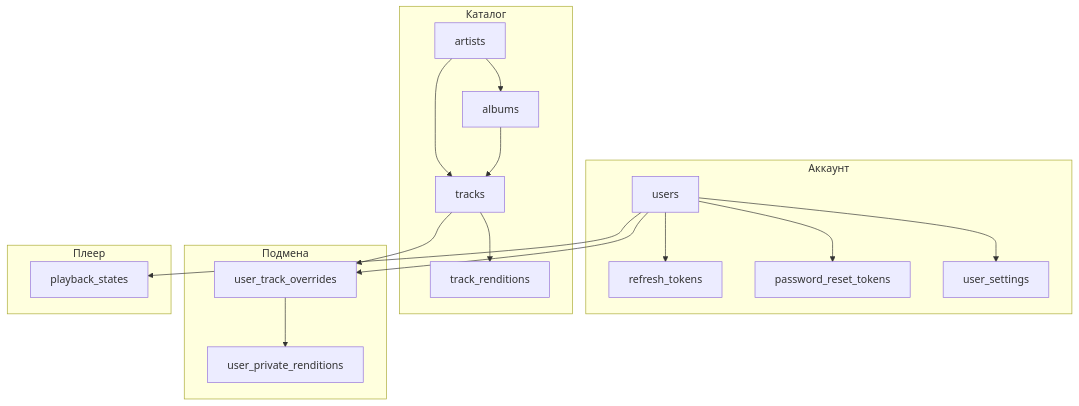
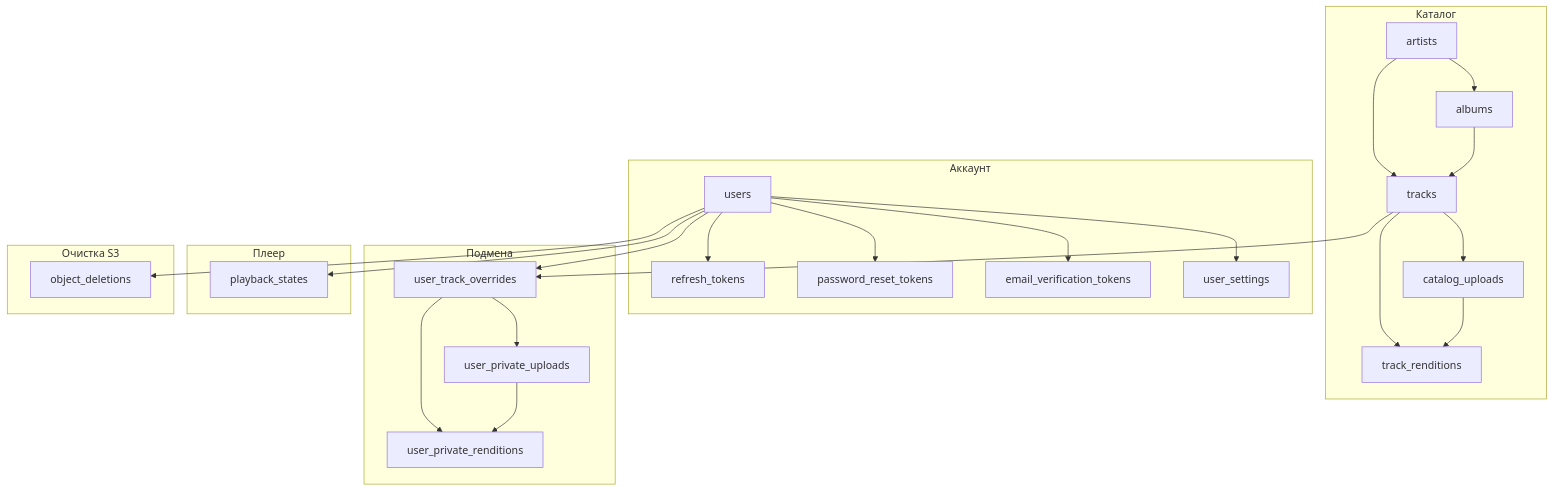
The third of 4 diagrams in docs/02-database-overview.md (CatShredia/Music_Anti_Blur), drawn with Mermaid before and after one commit. The commit also changed other lines of this file and 167 other files, not shown here.

````diff
--- a/docs/02-database-overview.md
+++ b/docs/02-database-overview.md
@@ -238,37 +304,50 @@
 ```mermaid
 flowchart TB
   subgraph auth [Аккаунт]
     U[users]
     RT[refresh_tokens]
     PR[password_reset_tokens]
+    EV[email_verification_tokens]
     US[user_settings]
   end
 
   subgraph catalog [Каталог]
     AR[artists]
     AL[albums]
     T[tracks]
     TR[track_renditions]
+    CU[catalog_uploads]
   end
 
   subgraph override [Подмена]
     UO[user_track_overrides]
     UPR[user_private_renditions]
+    UPU[user_private_uploads]
   end
 
   subgraph play [Плеер]
     PS[playback_states]
   end
 
+  subgraph cleanup [Очистка S3]
+    OD[object_deletions]
+  end
+
   U --> US
   U --> RT
   U --> PR
+  U --> EV
   U --> UO
   U --> PS
   AR --> AL
   AR --> T
   AL --> T
   T --> TR
+  T --> CU
   T --> UO
   UO --> UPR
+  UO --> UPU
+  CU --> TR
+  UPU --> UPR
+  U --> OD
 ```
````
